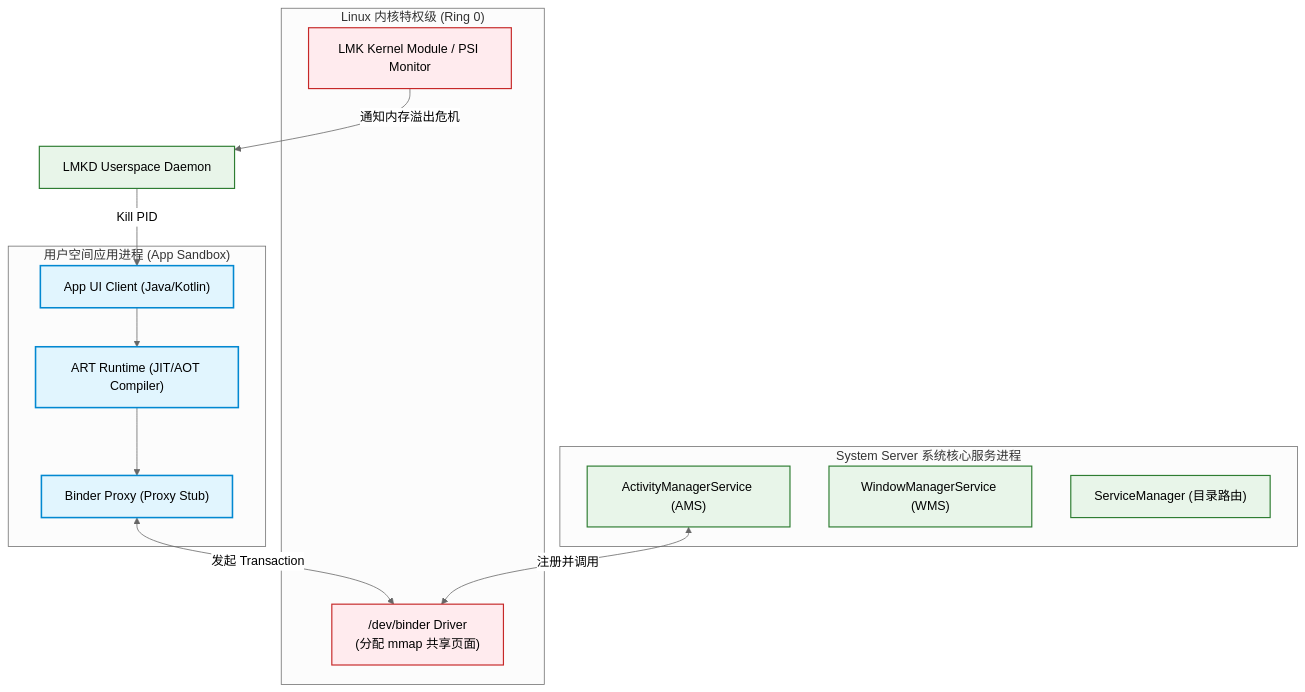
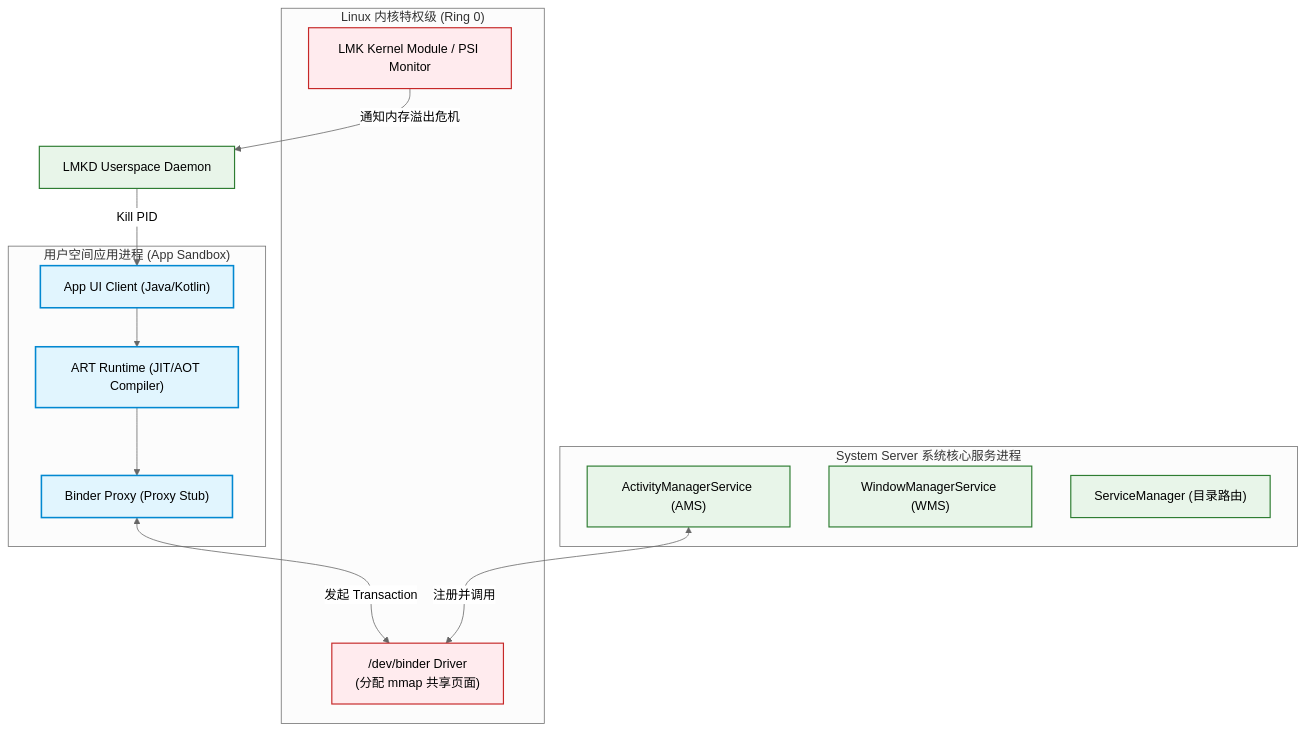
One commit to koosai/AI-Architect-Learning changed the second of 5 diagrams in docs/atlas/android.mdx. Above: the diagram before and after it, drawn with Mermaid (neutral theme). The commit also changed 68 other files, not shown here.

Commit message:
fix(atlas): fix browser client-side Mermaid rendering for mindmaps and flowcharts across 67 case studies

````diff
--- a/docs/atlas/android.mdx
+++ b/docs/atlas/android.mdx
@@ -137,32 +137,32 @@
 ```mermaid
 graph TB
     classDef client fill:#e1f5fe,stroke:#0288d1,stroke-width:2px;
     classDef framework fill:#e8f5e9,stroke:#2e7d32,stroke-width:1.5px;
     classDef kernel fill:#ffebee,stroke:#c62828,stroke-width:1.5px;
 
     subgraph UserSpaceApp ["用户空间应用进程 (App Sandbox)"]
         AppUI["App UI Client (Java/Kotlin)"]:::client
         ArtVm["ART Runtime (JIT/AOT Compiler)"]:::client
         BinderProxy["Binder Proxy (Proxy Stub)"]:::client
         
         AppUI --> ArtVm
         ArtVm --> BinderProxy
     end
 
     subgraph SystemServerProcess ["System Server 系统核心服务进程"]
         AMS["ActivityManagerService (AMS)"]:::framework
         WMS["WindowManagerService (WMS)"]:::framework
         SM["ServiceManager (目录路由)"]:::framework
     end
 
     subgraph LinuxKernelDomain ["Linux 内核特权级 (Ring 0)"]
         BinderDriver["/dev/binder Driver<br/>(分配 mmap 共享页面)"]:::kernel
         LmkDriver["LMK Kernel Module / PSI Monitor"]:::kernel
     end
 
-    BinderProxy <-->|发起 Transaction| BinderDriver
-    AMS <-->|注册并调用| BinderDriver
+    BinderProxy <--->|发起 Transaction| BinderDriver
+    AMS <--->|注册并调用| BinderDriver
     
     LmkDriver -->|通知内存溢出危机| LmkdDaemon["LMKD Userspace Daemon"]:::framework
     LmkdDaemon -->|Kill PID| AppUI
 ```
````
